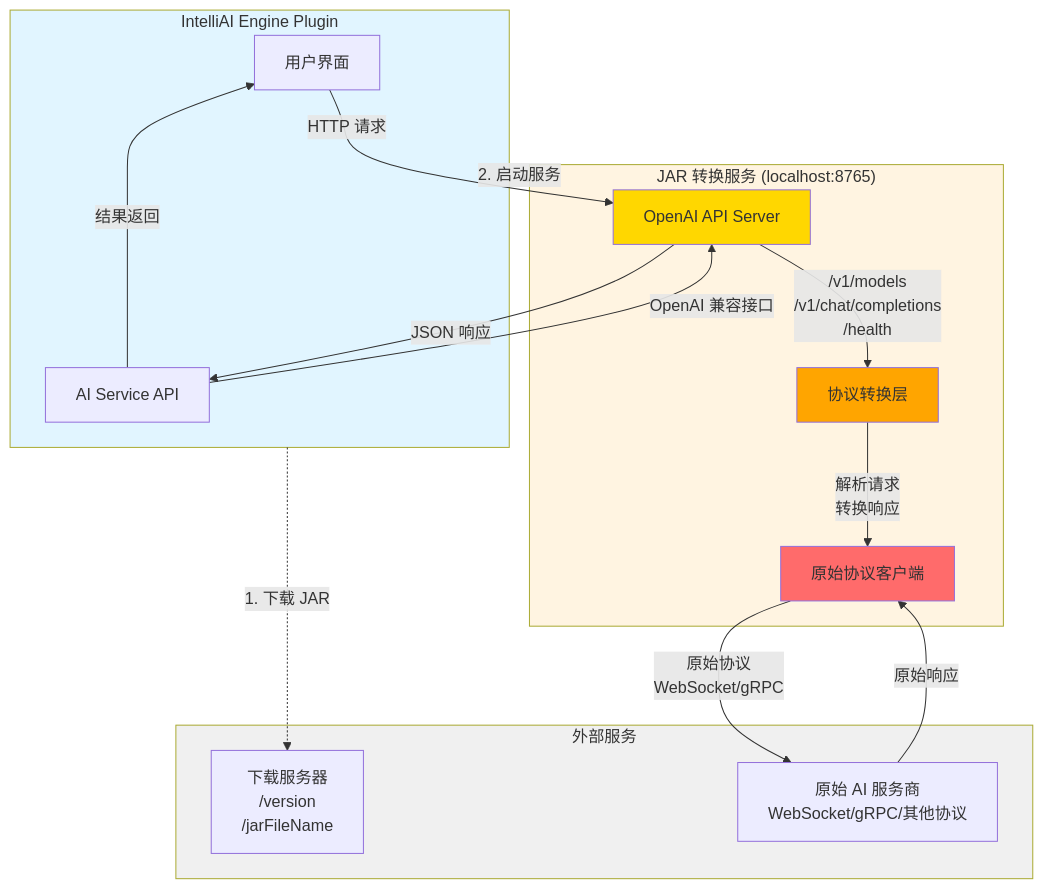
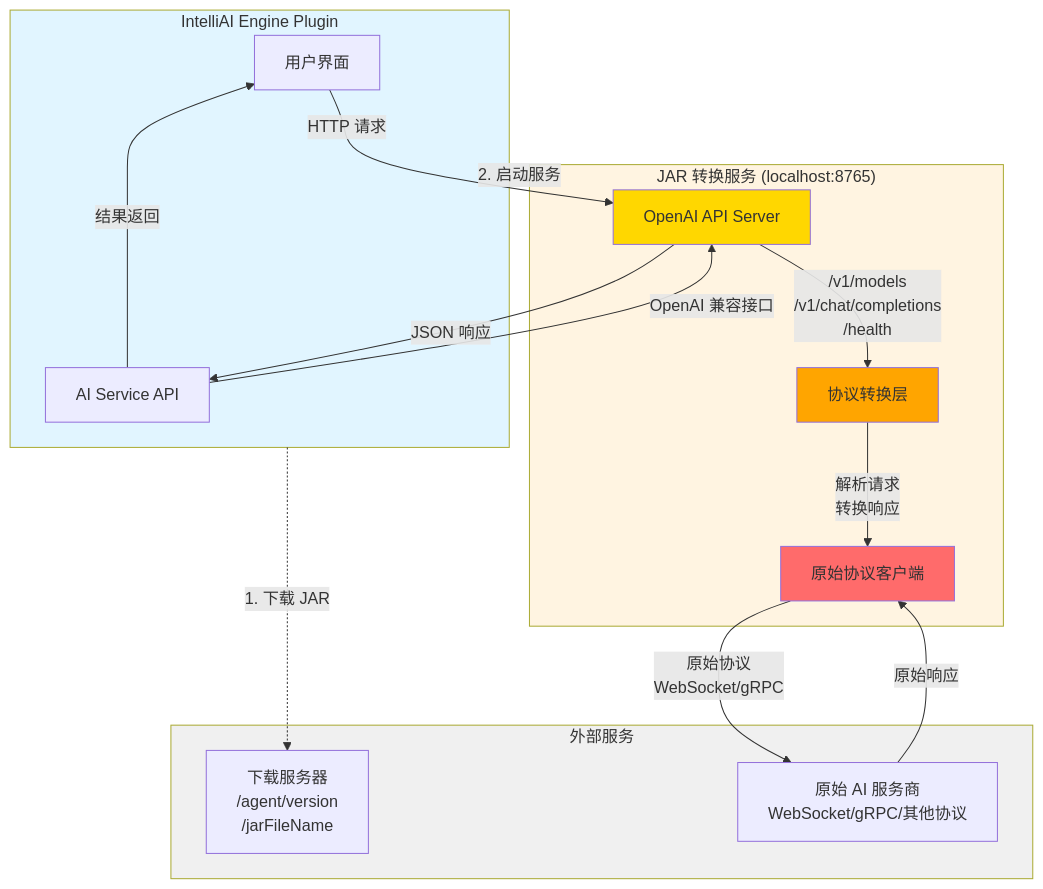
One commit to zeka-stack/zeka-idea-plugin changed the second of 2 diagrams in intelli-ai-engine/site/docs/非标准AI服务集成jar开发指南.md. Above: the diagram before and after it, drawn with Mermaid. The commit also changed other lines of this file and 25 other files, not shown here.

````diff
--- a/intelli-ai-engine/site/docs/非标准AI服务集成jar开发指南.md
+++ b/intelli-ai-engine/site/docs/非标准AI服务集成jar开发指南.md
@@ -259,39 +259,39 @@
 ```mermaid
 graph TB
     subgraph Engine["IntelliAI Engine Plugin"]
         UI[用户界面]
         API[AI Service API]
     end
 
     subgraph Agent["JAR 转换服务 (localhost:8765)"]
         HTTPServer[OpenAI API Server]
         Converter[协议转换层]
         Client[原始协议客户端]
 
         HTTPServer -->|"/v1/models<br/>/v1/chat/completions<br/>/health"| Converter
         Converter -->|解析请求<br/>转换响应| Client
     end
 
     subgraph External["外部服务"]
-        DownloadServer[下载服务器<br/>/version<br/>/jarFileName]
+        DownloadServer[下载服务器<br/>/agent/version<br/>/jarFileName]
         AIService[原始 AI 服务商<br/>WebSocket/gRPC/其他协议]
     end
 
     UI -->|HTTP 请求| HTTPServer
     API -->|OpenAI 兼容接口| HTTPServer
     HTTPServer -->|JSON 响应| API
     API -->|结果返回| UI
 
     Client -->|原始协议<br/>WebSocket/gRPC| AIService
     AIService -->|原始响应| Client
 
     Engine -.->|1. 下载 JAR| DownloadServer
     Engine -.->|2. 启动服务| Agent
 
     style Engine fill:#e1f5ff
     style Agent fill:#fff4e1
     style External fill:#f0f0f0
     style HTTPServer fill:#ffd700
     style Converter fill:#ffa500
     style Client fill:#ff6b6b
 ```
````
